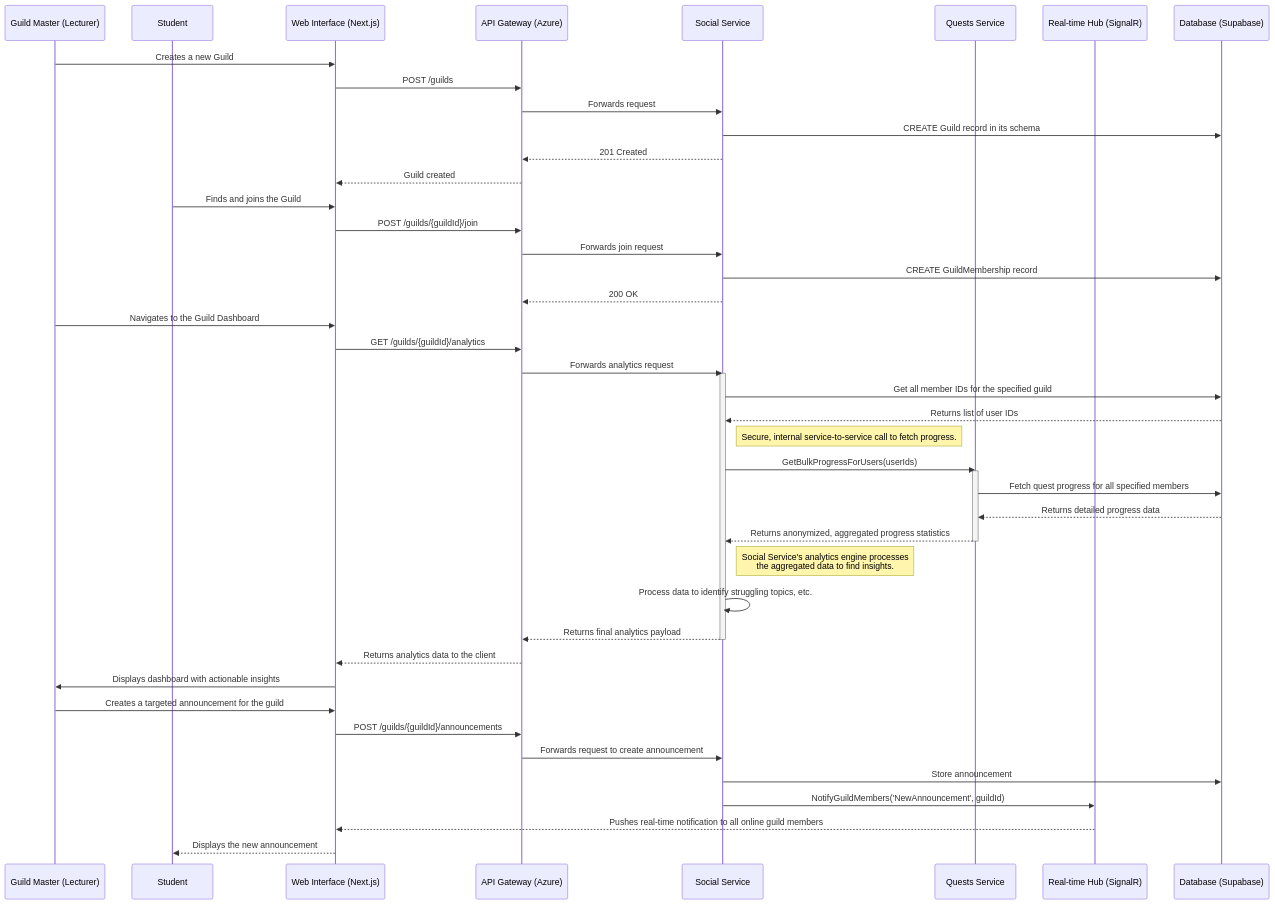
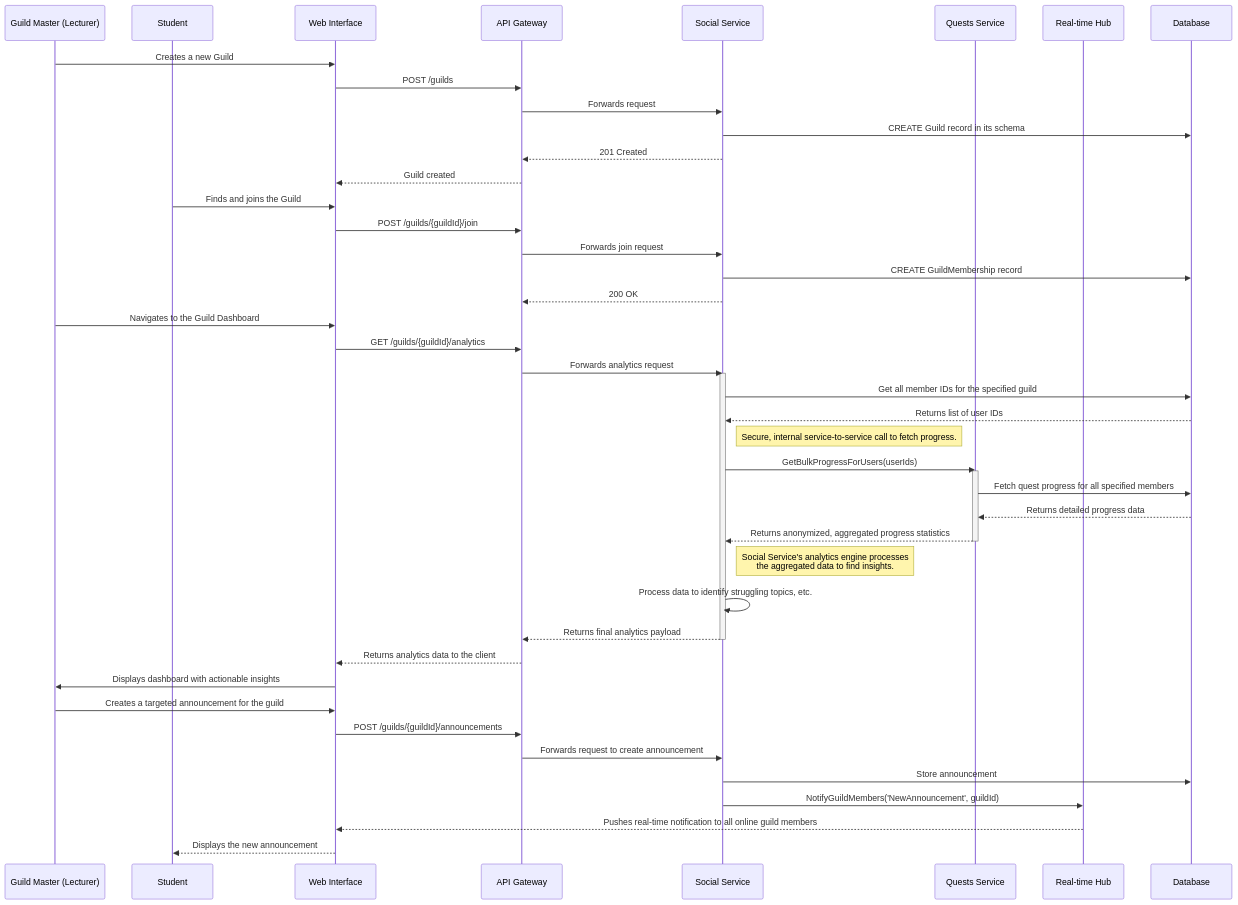
The diagram in mermaid-diagrams/sequence/05-guild-management.md (FA25SE050-RogueLearn/RogueLearn.BMAD.Documentation), drawn with Mermaid before and after one commit. The commit also changed 1 other file, not shown here.

Commit message:
fix: updates the tags to be generic techonologies

````diff
--- a/mermaid-diagrams/sequence/05-guild-management.md
+++ b/mermaid-diagrams/sequence/05-guild-management.md
@@ -3,64 +3,64 @@
 ```mermaid
 sequenceDiagram
     participant GM as Guild Master (Lecturer)
     participant S as Student
-    participant UI as Web Interface (Next.js)
-    participant APIGateway as API Gateway (Azure)
+    participant UI as Web Interface
+    participant APIGateway as API Gateway
     participant SocialService as Social Service
     participant QuestsService as Quests Service
-    participant RealtimeHub as Real-time Hub (SignalR)
-    participant Database as Database (Supabase)
+    participant RealtimeHub as Real-time Hub
+    participant Database as Database
 
     %% Step 1: Guild Master creates a Guild %%
     GM->>UI: Creates a new Guild
     UI->>APIGateway: POST /guilds
     APIGateway->>SocialService: Forwards request
     SocialService->>Database: CREATE Guild record in its schema
     SocialService-->>APIGateway: 201 Created
     APIGateway-->>UI: Guild created
 
     %% Step 2: Student joins the Guild %%
     S->>UI: Finds and joins the Guild
     UI->>APIGateway: POST /guilds/{guildId}/join
     APIGateway->>SocialService: Forwards join request
     SocialService->>Database: CREATE GuildMembership record
     SocialService-->>APIGateway: 200 OK
 
     %% Step 3: Guild Master views the Analytics Dashboard %%
     GM->>UI: Navigates to the Guild Dashboard
     UI->>APIGateway: GET /guilds/{guildId}/analytics
     APIGateway->>SocialService: Forwards analytics request
     
     %% Step 4: Backend services collaborate to aggregate anonymized data %%
     activate SocialService
     SocialService->>Database: Get all member IDs for the specified guild
     Database-->>SocialService: Returns list of user IDs
     
     Note right of SocialService: Secure, internal service-to-service call to fetch progress.
     SocialService->>QuestsService: GetBulkProgressForUsers(userIds)
     
     activate QuestsService
     QuestsService->>Database: Fetch quest progress for all specified members
     Database-->>QuestsService: Returns detailed progress data
     QuestsService-->>SocialService: Returns anonymized, aggregated progress statistics
     deactivate QuestsService
     
     Note right of SocialService: Social Service's analytics engine processes<br/>the aggregated data to find insights.
     SocialService->>SocialService: Process data to identify struggling topics, etc.
     
     SocialService-->>APIGateway: Returns final analytics payload
     deactivate SocialService
     APIGateway-->>UI: Returns analytics data to the client
     UI->>GM: Displays dashboard with actionable insights
 
     %% Step 5: Guild Master takes action %%
     GM->>UI: Creates a targeted announcement for the guild
     UI->>APIGateway: POST /guilds/{guildId}/announcements
     APIGateway->>SocialService: Forwards request to create announcement
     SocialService->>Database: Store announcement
     
     %% Step 6: Students are notified in real-time %%
     SocialService->>RealtimeHub: NotifyGuildMembers('NewAnnouncement', guildId)
     RealtimeHub-->>UI: Pushes real-time notification to all online guild members
     UI-->>S: Displays the new announcement
 ```
````
